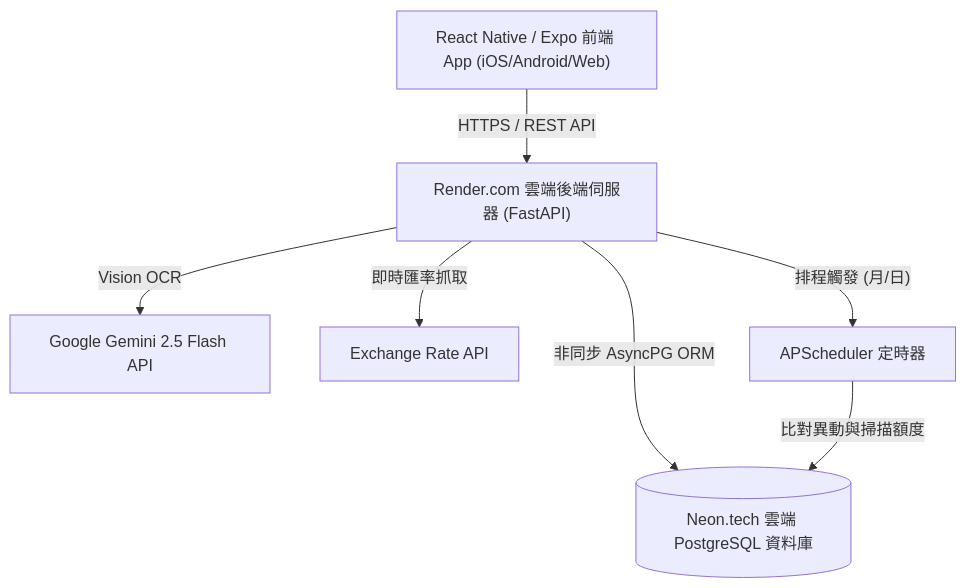
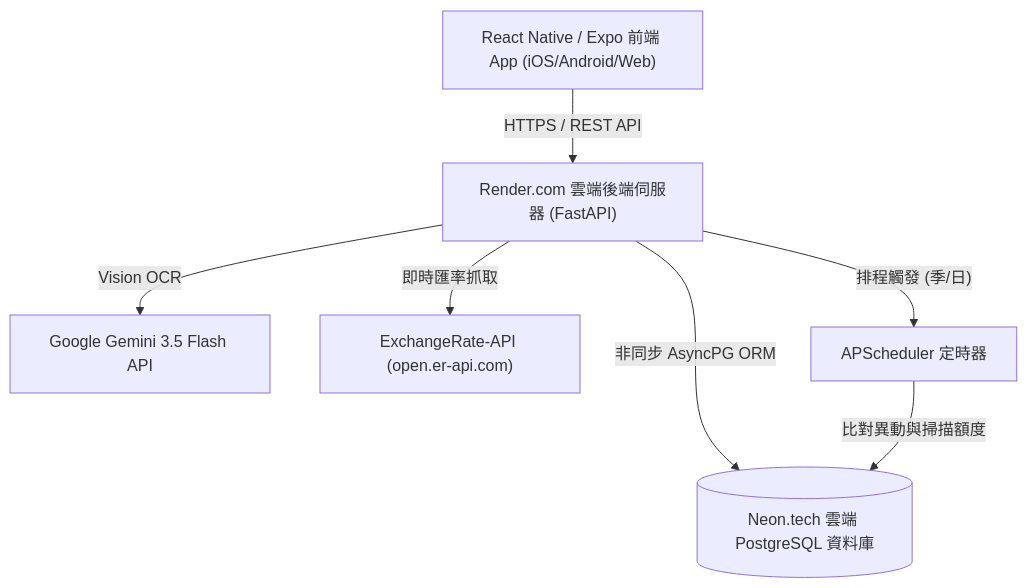
One commit to YAYee47/card-brain-app changed the diagram in docs/PROJECT_SUMMARY.md. Above: the diagram before and after it, drawn with Mermaid. The commit also changed other lines of this file and 6 other files, not shown here.

````diff
--- a/docs/PROJECT_SUMMARY.md
+++ b/docs/PROJECT_SUMMARY.md
@@ -19,9 +19,9 @@
 ```mermaid
 graph TD
     A["React Native / Expo 前端 App (iOS/Android/Web)"] -->|HTTPS / REST API| B["Render.com 雲端後端伺服器 (FastAPI)"]
     B -->|非同步 AsyncPG ORM| C[("Neon.tech 雲端 PostgreSQL 資料庫")]
-    B -->|Vision OCR| D["Google Gemini 2.5 Flash API"]
-    B -->|即時匯率抓取| E["Exchange Rate API"]
-    B -->|"排程觸發 (月/日)"| F["APScheduler 定時器"]
+    B -->|Vision OCR| D["Google Gemini 3.5 Flash API"]
+    B -->|即時匯率抓取| E["ExchangeRate-API (open.er-api.com)"]
+    B -->|"排程觸發 (季/日)"| F["APScheduler 定時器"]
     F -->|比對異動與掃描額度| C
 ```
````
